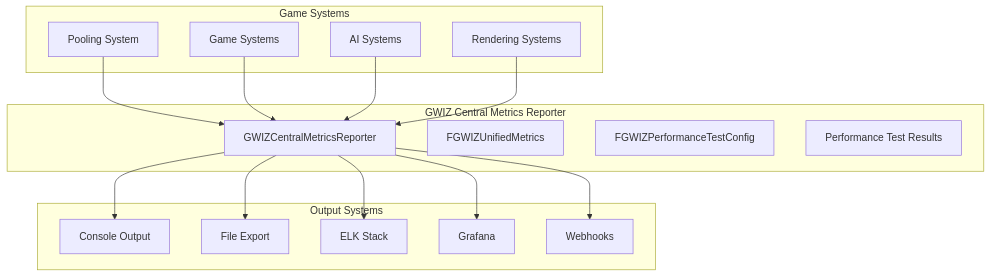
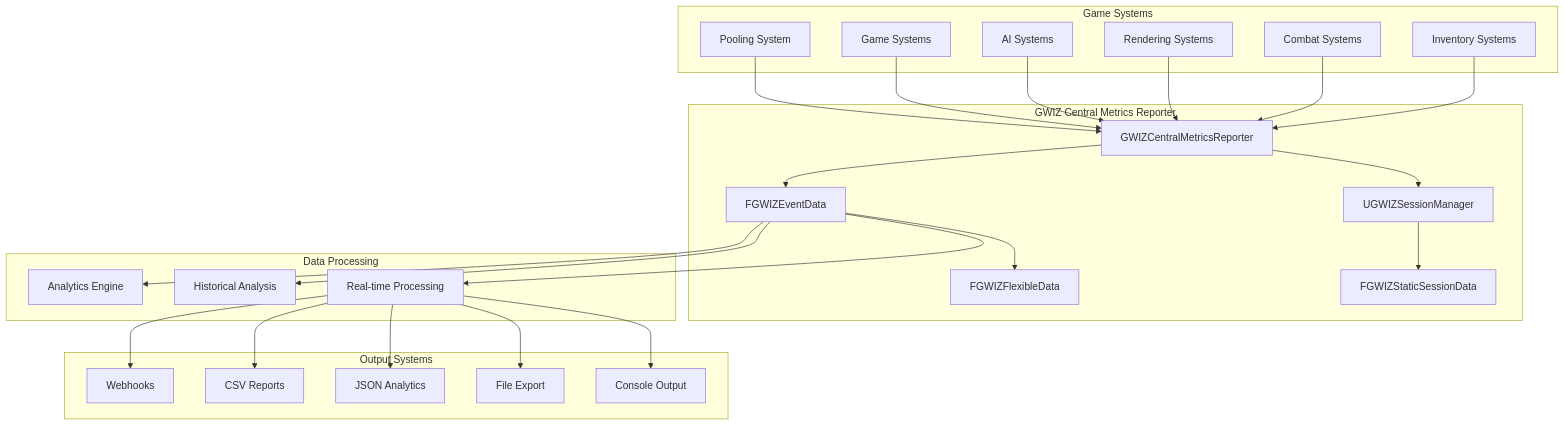
The diagram in docs/metrics/README.md (DeadmanJack/PlanetDefender), drawn with Mermaid before and after one commit. The commit also changed other lines of this file and 6 other files, not shown here.

Commit message:
Updated plan for metrics gathering, data structures, etc

````diff
--- a/docs/metrics/README.md
+++ b/docs/metrics/README.md
@@ -64,35 +81,55 @@
 ```mermaid
 graph TB
     subgraph "Game Systems"
         PS[Pooling System]
         GS[Game Systems]
         AS[AI Systems]
         RS[Rendering Systems]
+        CS[Combat Systems]
+        IS[Inventory Systems]
     end
     
     subgraph "GWIZ Central Metrics Reporter"
         CMR[GWIZCentralMetricsReporter]
-        UM[FGWIZUnifiedMetrics]
-        PTC[FGWIZPerformanceTestConfig]
-        PTR[Performance Test Results]
+        SM[UGWIZSessionManager]
+        SD[FGWIZStaticSessionData]
+        ED[FGWIZEventData]
+        FD[FGWIZFlexibleData]
+    end
+    
+    subgraph "Data Processing"
+        RT[Real-time Processing]
+        HT[Historical Analysis]
+        AL[Analytics Engine]
     end
     
     subgraph "Output Systems"
         CON[Console Output]
         FILE[File Export]
-        ELK[ELK Stack]
-        GRAF[Grafana]
+        JSON[JSON Analytics]
+        CSV[CSV Reports]
         WEB[Webhooks]
     end
     
     PS --> CMR
     GS --> CMR
     AS --> CMR
     RS --> CMR
+    CS --> CMR
+    IS --> CMR
     
-    CMR --> CON
-    CMR --> FILE
-    CMR --> ELK
-    CMR --> GRAF
-    CMR --> WEB
+    CMR --> SM
+    SM --> SD
+    CMR --> ED
+    ED --> FD
+    
+    ED --> RT
+    ED --> HT
+    ED --> AL
+    
+    RT --> CON
+    RT --> FILE
+    RT --> JSON
+    RT --> CSV
+    RT --> WEB
 ```
````
